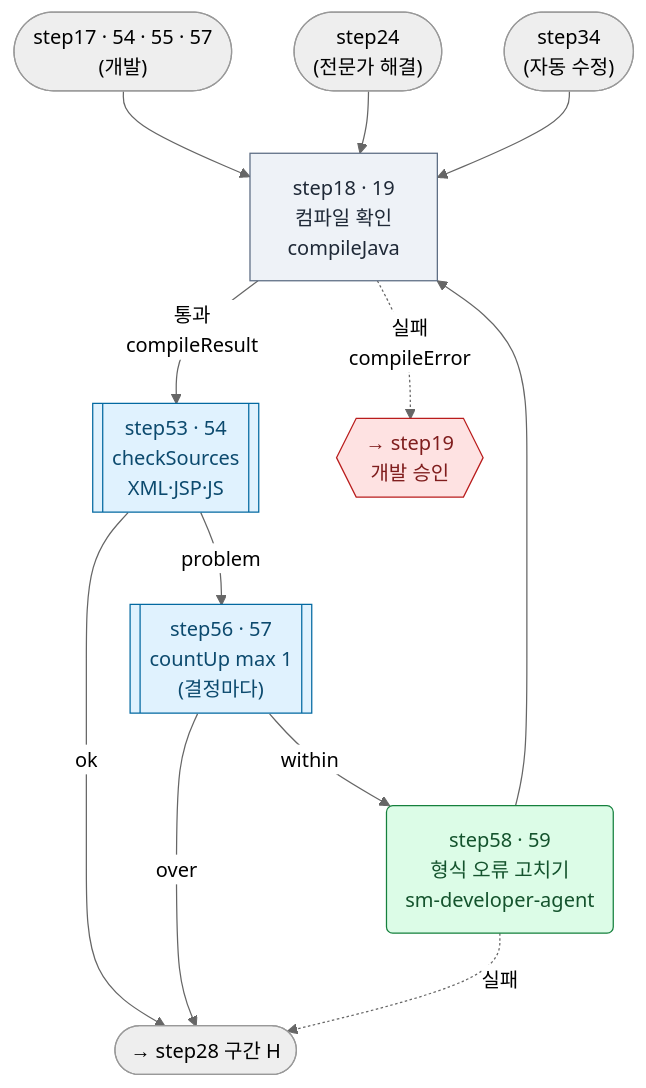
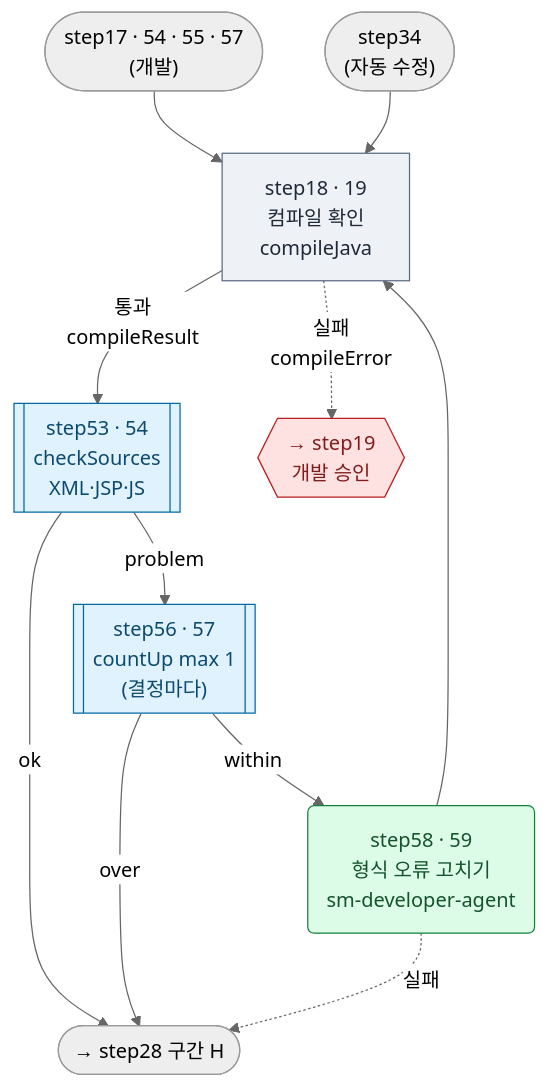
One commit to YongSoekChoeng/dstone changed diagram 13 of 24 in docs/09.dstone-ai-engine-sm-workflow.md. Above: the diagram before and after it, drawn with Mermaid (neutral theme). The commit also changed other lines of this file and 55 other files, not shown here.

````diff
--- a/docs/09.dstone-ai-engine-sm-workflow.md
+++ b/docs/09.dstone-ai-engine-sm-workflow.md
@@ -1016,20 +1024,19 @@
 ```mermaid
 flowchart TD
     FROM1(["step17 · 54 · 55 · 57<br/>(개발)"]) --> step18
-    FROM2(["step24<br/>(전문가 해결)"]) --> step18
     FROM3(["step34<br/>(자동 수정)"]) --> step18
     step18["step18 · 19<br/>컴파일 확인<br/>compileJava"]:::tool
     step18 -->|"통과<br/>compileResult"| step53[["step53 · 54<br/>checkSources<br/>XML·JSP·JS"]]:::route
     step18 -.->|"실패<br/>compileError"| step19{{"→ step19<br/>개발 승인"}}:::appr
     step53 -->|ok| step28(["→ step28 구간 H"])
     step53 -->|problem| step56[["step56 · 57<br/>countUp max 1<br/>(결정마다)"]]:::route
     step56 -->|within| step58("step58 · 59<br/>형식 오류 고치기<br/>sm-developer-agent"):::agent
     step56 -->|over| step28
     step58 --> step18
     step58 -.->|실패| step28
 
     classDef tool fill:#eef2f7,stroke:#5b6b82,color:#1f2937
     classDef route fill:#e0f2fe,stroke:#0369a1,color:#0c4a6e
     classDef agent fill:#dcfce7,stroke:#15803d,color:#14532d
     classDef appr fill:#fee2e2,stroke:#b91c1c,color:#7f1d1d
 ```
````
